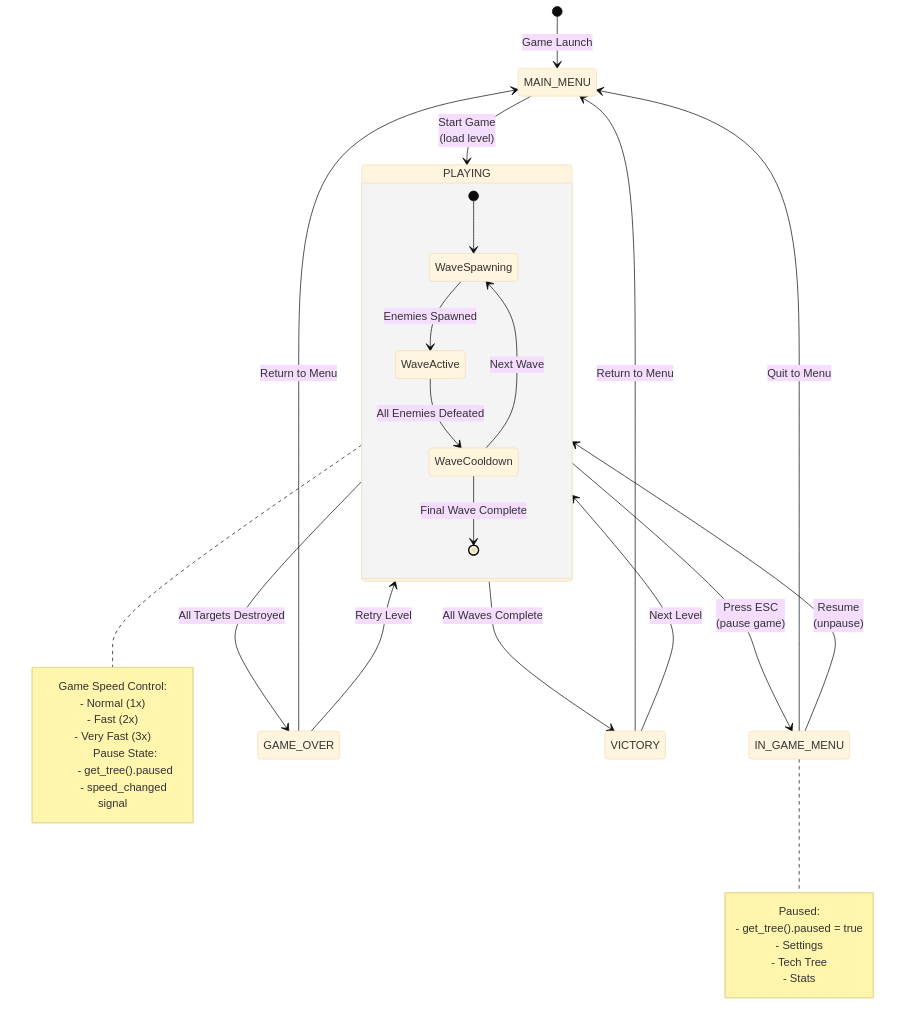
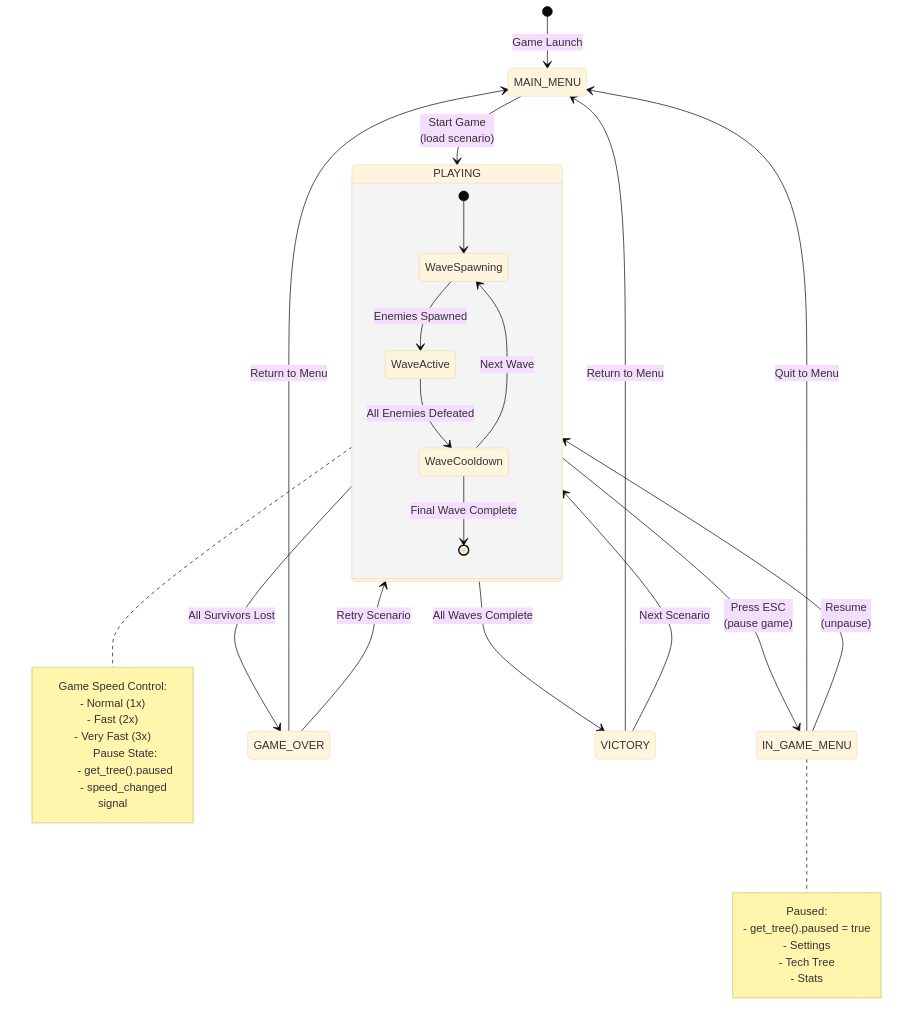
The fourth of 8 diagrams in docs/ARCHITECTURE.md (saebyn/godot-tower-defense), drawn with Mermaid (base theme) before and after one commit. The commit also changed other lines of this file and 30 other files, not shown here.

First line of the commit message:
Align canonical naming: Target→Survivor, health bar→unit frame, Level→Scenario (#341)

````diff
--- a/docs/ARCHITECTURE.md
+++ b/docs/ARCHITECTURE.md
@@ -258,46 +258,46 @@
 ```mermaid
 stateDiagram-v2
     [*] --> MAIN_MENU: Game Launch
     
-    MAIN_MENU --> PLAYING: Start Game<br/>(load level)
+    MAIN_MENU --> PLAYING: Start Game<br/>(load scenario)
     
     PLAYING --> IN_GAME_MENU: Press ESC<br/>(pause game)
     IN_GAME_MENU --> PLAYING: Resume<br/>(unpause)
     IN_GAME_MENU --> MAIN_MENU: Quit to Menu
     
-    PLAYING --> GAME_OVER: All Targets Destroyed
+    PLAYING --> GAME_OVER: All Survivors Lost
     PLAYING --> VICTORY: All Waves Complete
     
     GAME_OVER --> MAIN_MENU: Return to Menu
-    GAME_OVER --> PLAYING: Retry Level
+    GAME_OVER --> PLAYING: Retry Scenario
     
     VICTORY --> MAIN_MENU: Return to Menu
-    VICTORY --> PLAYING: Next Level
+    VICTORY --> PLAYING: Next Scenario
     
     state PLAYING {
         [*] --> WaveSpawning
         WaveSpawning --> WaveActive: Enemies Spawned
         WaveActive --> WaveCooldown: All Enemies Defeated
         WaveCooldown --> WaveSpawning: Next Wave
         WaveCooldown --> [*]: Final Wave Complete
     }
     
     note right of PLAYING
         Game Speed Control:
         - Normal (1x)
         - Fast (2x)
         - Very Fast (3x)
         
         Pause State:
         - get_tree().paused
         - speed_changed signal
     end note
     
     note right of IN_GAME_MENU
         Paused:
         - get_tree().paused = true
         - Settings
         - Tech Tree
         - Stats
     end note
 ```
````
